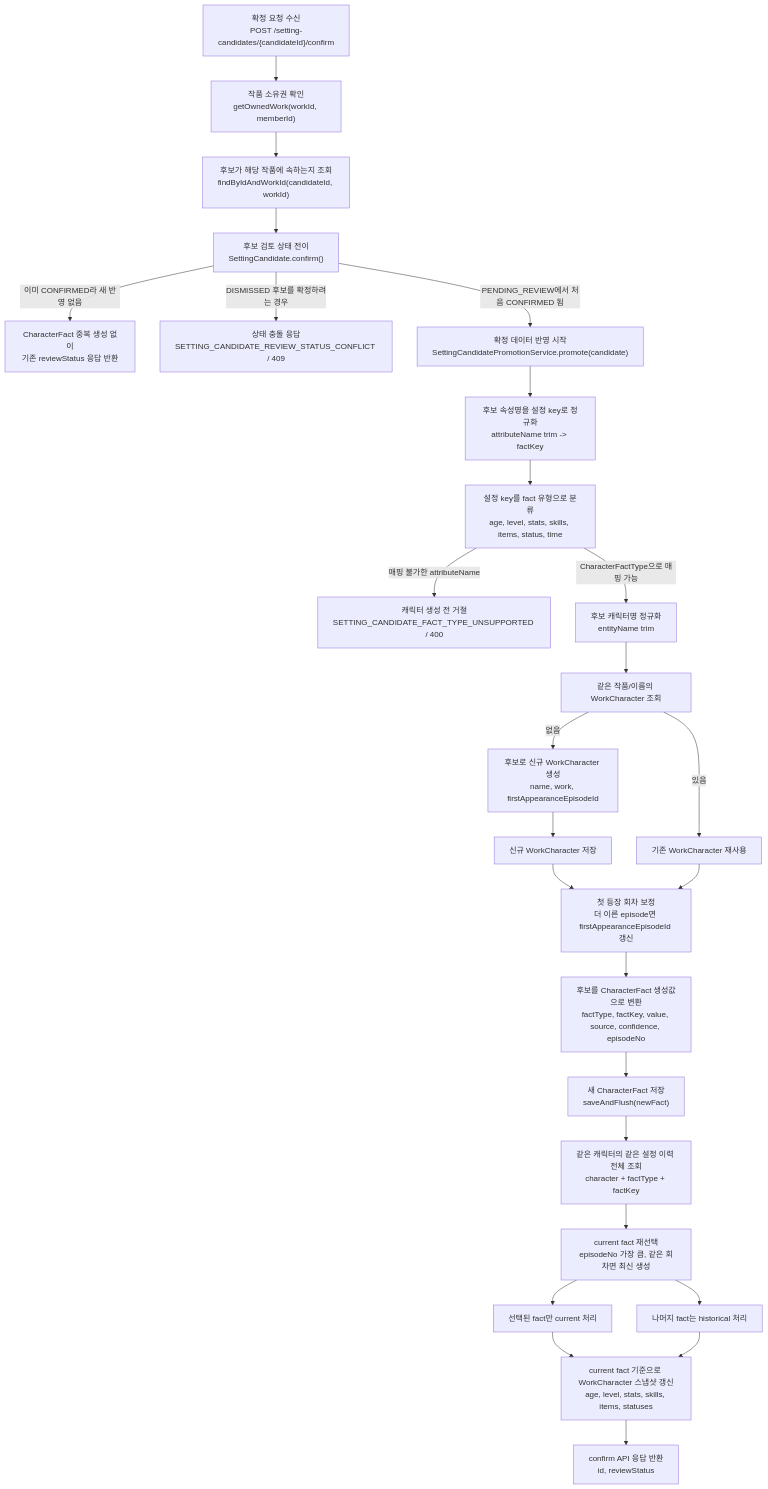
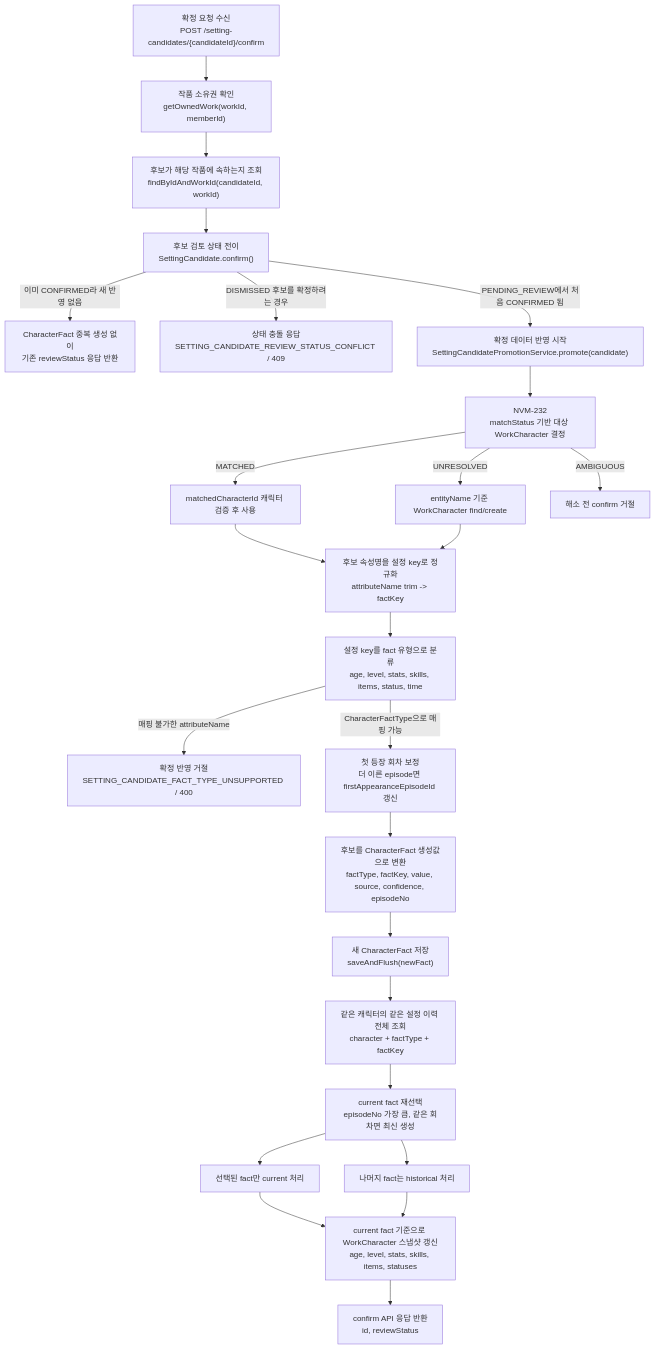
One commit to catchhole-soma/catchhole-backend-java changed the second of 7 diagrams in docs/character.md. Above: the diagram before and after it, drawn with Mermaid. The commit also changed other lines of this file, not shown here.

First line of the commit message:
docs(character): 설정 후보 캐릭터 매칭 정책 정리

````diff
--- a/docs/character.md
+++ b/docs/character.md
@@ -291,32 +348,30 @@
 ```mermaid
 flowchart TD
     A["확정 요청 수신<br/>POST /setting-candidates/{candidateId}/confirm"] --> B["작품 소유권 확인<br/>getOwnedWork(workId, memberId)"]
     B --> C["후보가 해당 작품에 속하는지 조회<br/>findByIdAndWorkId(candidateId, workId)"]
     C --> D["후보 검토 상태 전이<br/>SettingCandidate.confirm()"]
 
     D -->|"이미 CONFIRMED라 새 반영 없음"| Z["CharacterFact 중복 생성 없이<br/>기존 reviewStatus 응답 반환"]
     D -->|"DISMISSED 후보를 확정하려는 경우"| X["상태 충돌 응답<br/>SETTING_CANDIDATE_REVIEW_STATUS_CONFLICT / 409"]
     D -->|"PENDING_REVIEW에서 처음 CONFIRMED 됨"| E["확정 데이터 반영 시작<br/>SettingCandidatePromotionService.promote(candidate)"]
 
-    E --> F["후보 속성명을 설정 key로 정규화<br/>attributeName trim -> factKey"]
-    F --> G["설정 key를 fact 유형으로 분류<br/>age, level, stats, skills, items, status, time"]
-    G -->|"매핑 불가한 attributeName"| Y["캐릭터 생성 전 거절<br/>SETTING_CANDIDATE_FACT_TYPE_UNSUPPORTED / 400"]
-    G -->|"CharacterFactType으로 매핑 가능"| H["후보 캐릭터명 정규화<br/>entityName trim"]
+    E --> F["NVM-232<br/>matchStatus 기반 대상 WorkCharacter 결정"]
+    F -->|"MATCHED"| F1["matchedCharacterId 캐릭터 검증 후 사용"]
+    F -->|"UNRESOLVED"| F2["entityName 기준 WorkCharacter find/create"]
+    F -->|"AMBIGUOUS"| F3["해소 전 confirm 거절"]
+    F1 --> G["후보 속성명을 설정 key로 정규화<br/>attributeName trim -> factKey"]
+    F2 --> G
+    G --> H["설정 key를 fact 유형으로 분류<br/>age, level, stats, skills, items, status, time"]
+    H -->|"매핑 불가한 attributeName"| Y["확정 반영 거절<br/>SETTING_CANDIDATE_FACT_TYPE_UNSUPPORTED / 400"]
+    H -->|"CharacterFactType으로 매핑 가능"| I["첫 등장 회차 보정<br/>더 이른 episode면 firstAppearanceEpisodeId 갱신"]
 
-    H --> I["같은 작품/이름의 WorkCharacter 조회"]
-    I -->|"없음"| J["후보로 신규 WorkCharacter 생성<br/>name, work, firstAppearanceEpisodeId"]
-    J --> K["신규 WorkCharacter 저장"]
-    I -->|"있음"| L["기존 WorkCharacter 재사용"]
-    K --> M["첫 등장 회차 보정<br/>더 이른 episode면 firstAppearanceEpisodeId 갱신"]
-    L --> M
-
-    M --> N["후보를 CharacterFact 생성값으로 변환<br/>factType, factKey, value, source, confidence, episodeNo"]
-    N --> O["새 CharacterFact 저장<br/>saveAndFlush(newFact)"]
-    O --> P["같은 캐릭터의 같은 설정 이력 전체 조회<br/>character + factType + factKey"]
-    P --> Q["current fact 재선택<br/>episodeNo 가장 큼, 같은 회차면 최신 생성"]
-    Q --> R["선택된 fact만 current 처리"]
-    Q --> S["나머지 fact는 historical 처리"]
-    R --> T["current fact 기준으로 WorkCharacter 스냅샷 갱신<br/>age, level, stats, skills, items, statuses"]
-    S --> T
-    T --> U["confirm API 응답 반환<br/>id, reviewStatus"]
+    I --> J["후보를 CharacterFact 생성값으로 변환<br/>factType, factKey, value, source, confidence, episodeNo"]
+    J --> K["새 CharacterFact 저장<br/>saveAndFlush(newFact)"]
+    K --> L["같은 캐릭터의 같은 설정 이력 전체 조회<br/>character + factType + factKey"]
+    L --> M2["current fact 재선택<br/>episodeNo 가장 큼, 같은 회차면 최신 생성"]
+    M2 --> N2["선택된 fact만 current 처리"]
+    M2 --> O2["나머지 fact는 historical 처리"]
+    N2 --> P["current fact 기준으로 WorkCharacter 스냅샷 갱신<br/>age, level, stats, skills, items, statuses"]
+    O2 --> P
+    P --> Q["confirm API 응답 반환<br/>id, reviewStatus"]
 ```
````
